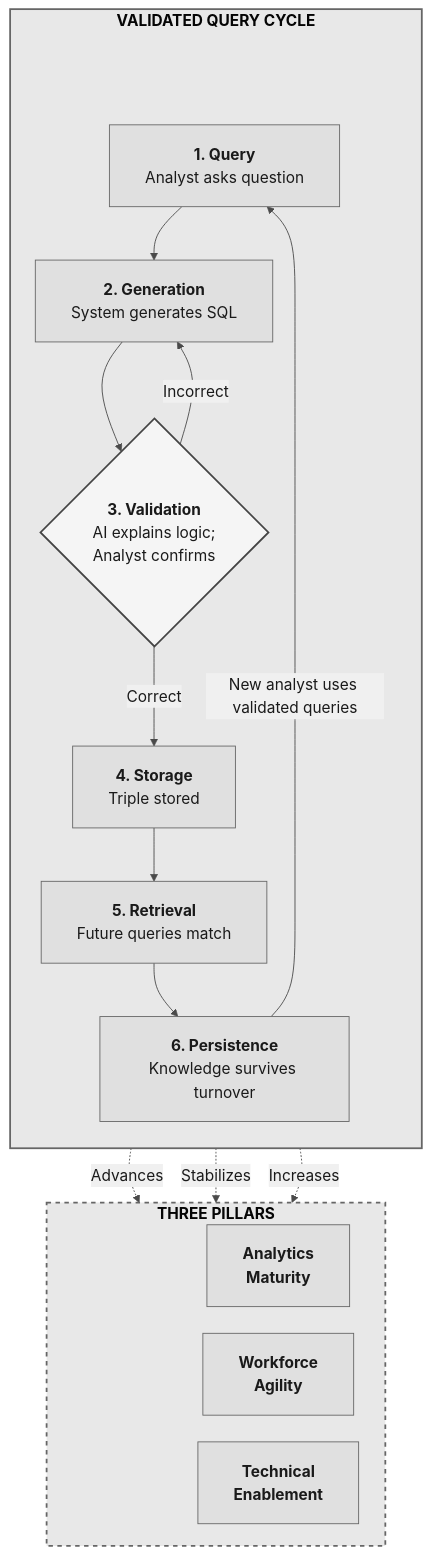
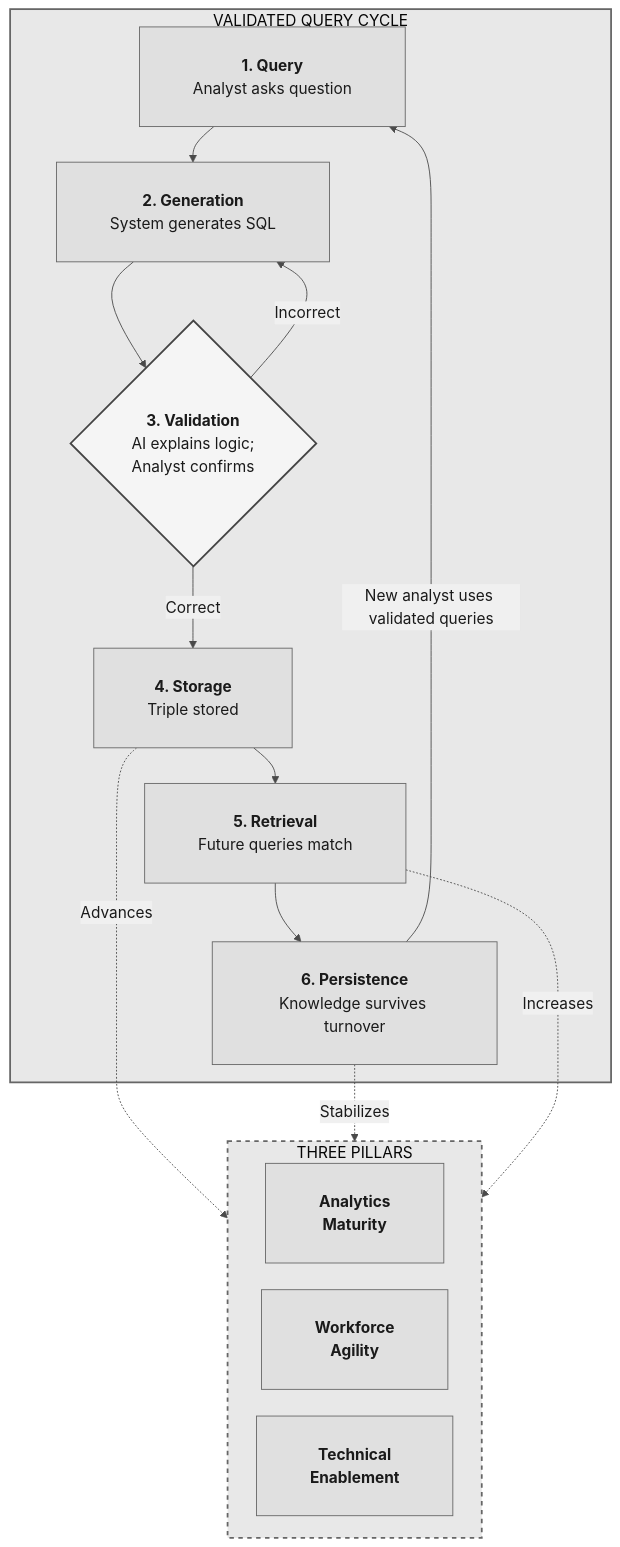
Before and after one commit to stharrold/yuimedi-paper-20250901: the diagram in figures/knowledge-cycle.mmd, drawn with Mermaid. The commit also changed 3 other files, not shown here.

First line of the commit message:
fix(paper): Figure 2 fix truncated subgraph titles and spacing

```diff
--- a/figures/knowledge-cycle.mmd
+++ b/figures/knowledge-cycle.mmd
@@ -1,43 +1,39 @@
-%%{init: {'theme': 'base', 'flowchart': {'useMaxWidth': false, 'markdownAutoWrap': false, 'nodeSpacing': 30, 'rankSpacing': 35, 'padding': 20}, 'themeVariables': { 'primaryColor': '#e0e0e0', 'primaryTextColor': '#1a1a1a', 'primaryBorderColor': '#666', 'lineColor': '#4a4a4a', 'secondaryColor': '#f0f0f0', 'tertiaryColor': '#fafafa', 'fontFamily': 'Arial, sans-serif', 'fontSize': '13pt'}}}%%
+%%{init: {'theme': 'base', 'flowchart': {'useMaxWidth': false, 'markdownAutoWrap': false, 'nodeSpacing': 30, 'rankSpacing': 40, 'padding': 30}, 'themeVariables': { 'primaryColor': '#e0e0e0', 'primaryTextColor': '#1a1a1a', 'primaryBorderColor': '#666', 'lineColor': '#4a4a4a', 'secondaryColor': '#f0f0f0', 'tertiaryColor': '#fafafa', 'fontFamily': 'Arial, sans-serif', 'fontSize': '13pt'}}}%%
 flowchart TB
     %% Validated Query Cycle
+    %% padding: 30 gives more room between subgraph title and first node
 
-    subgraph CYCLE["<b>VALIDATED QUERY CYCLE</b>"]
-        direction TB
-        CYCLE_PAD[ ] ~~~ Q
+    subgraph CYCLE["&nbsp; &nbsp; VALIDATED QUERY CYCLE &nbsp; &nbsp;"]
         Q["<b>1. Query</b><br/>Analyst asks question"]
         G["<b>2. Generation</b><br/>System generates SQL"]
         V{"<b>3. Validation</b><br/>AI explains logic;<br/>Analyst confirms"}
         S["<b>4. Storage</b><br/>Triple stored"]
         R["<b>5. Retrieval</b><br/>Future queries match"]
         P["<b>6. Persistence</b><br/>Knowledge survives turnover"]
     end
 
-    subgraph PILLARS["<b>THREE PILLARS</b>"]
+    subgraph PILLARS["&nbsp; &nbsp; THREE PILLARS &nbsp; &nbsp;"]
         direction LR
-        PILLARS_PAD[ ] ~~~ M
         M["<b>Analytics<br/>Maturity</b>"]
         T["<b>Workforce<br/>Agility</b>"]
         B["<b>Technical<br/>Enablement</b>"]
     end
 
     %% Main cycle flow
     Q --> G --> V
     V -->|"Correct"| S --> R --> P
     V -->|"Incorrect"| G
     P -->|"New analyst uses validated queries"| Q
 
     %% How cycle advances each pillar
     S -.->|"Advances"| M
     P -.->|"Stabilizes"| T
     R -.->|"Increases"| B
 
     %% Styling
     classDef group fill:#e8e8e8,stroke:#666,stroke-width:2px
     classDef dashedGroup fill:#e8e8e8,stroke:#666,stroke-width:2px,stroke-dasharray:5 5
     classDef decision fill:#f5f5f5,stroke:#444,stroke-width:2px
-    classDef invisible fill:none,stroke:none,color:transparent
     class CYCLE group
     class PILLARS dashedGroup
     class V decision
-    class CYCLE_PAD,PILLARS_PAD invisible
```
